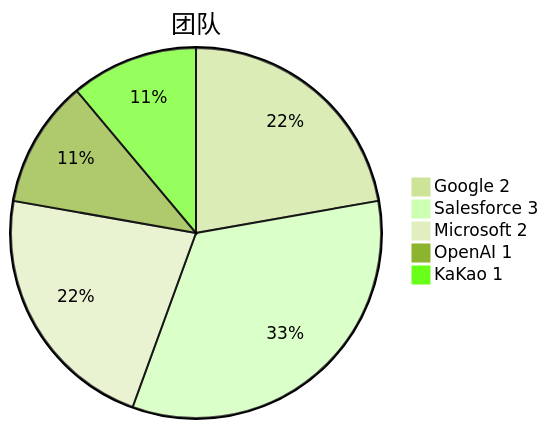
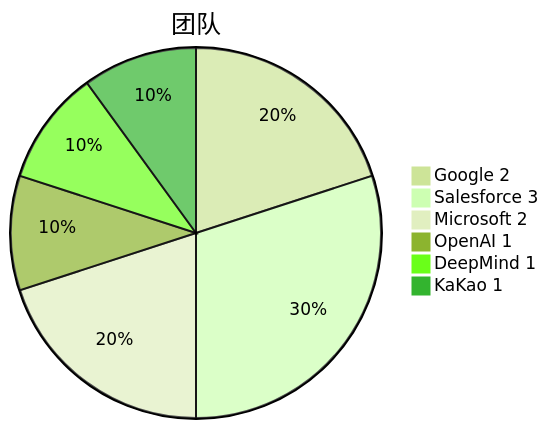
Before and after one commit to Elephant-King9/Paper: the third of 6 diagrams in Base_Model/VLM+VLLM/analyse.md, drawn with Mermaid (forest theme). The commit also changed other lines of this file and 5 other files, not shown here.

````diff
--- a/Base_Model/VLM+VLLM/analyse.md
+++ b/Base_Model/VLM+VLLM/analyse.md
@@ -45,8 +45,9 @@
 ```mermaid
 pie title 团队
 		"Google 2" : 2
 		"Salesforce 3" : 3
 		"Microsoft 2" : 2
 		"OpenAI 1" : 1
-		"KaKao 1" :1
+		"DeepMind 1" : 1
+		"KaKao 1" : 1
 ```
````
